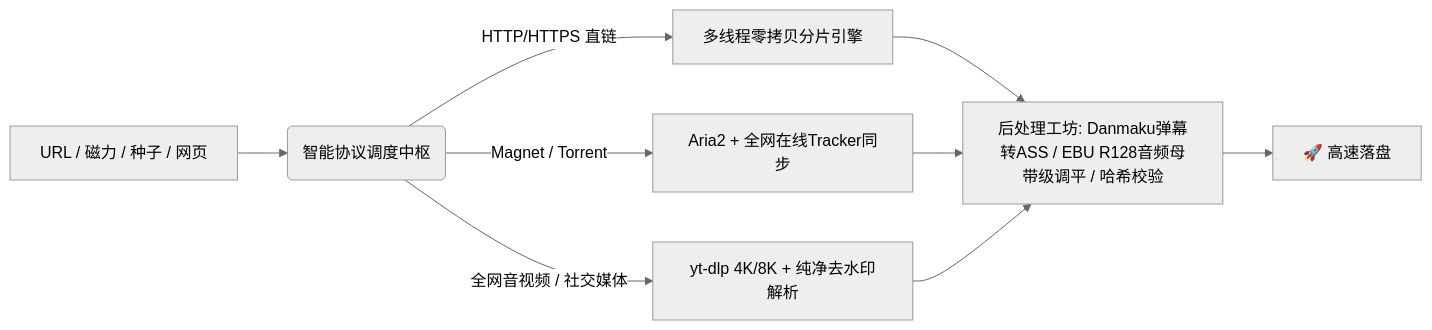
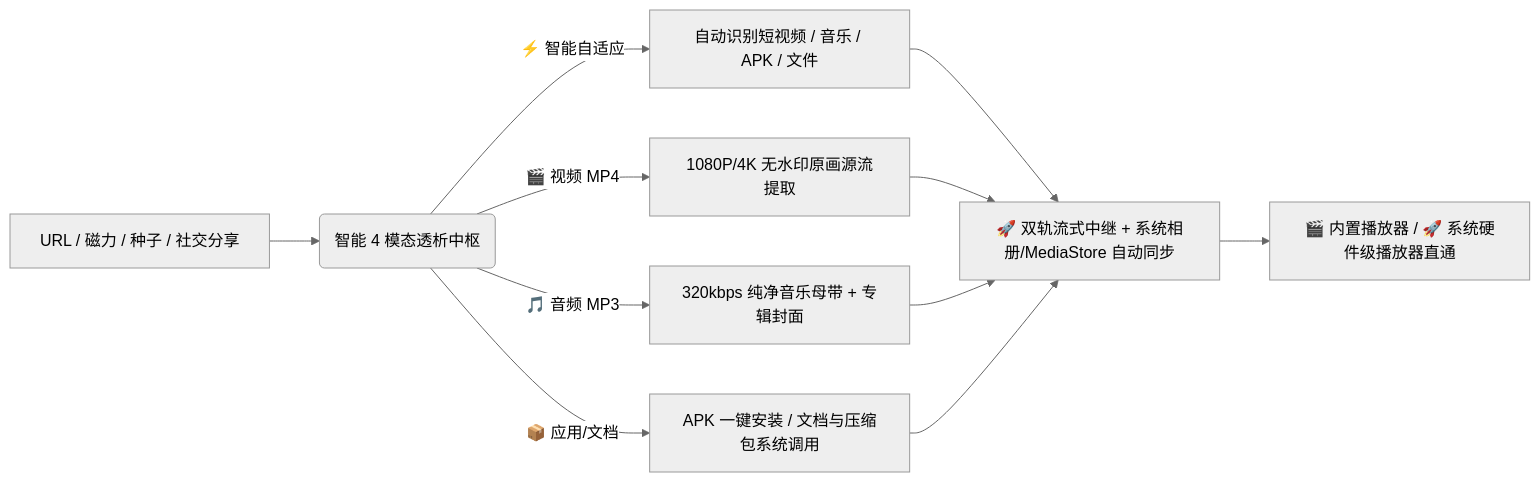
The diagram in README.md (WoeKen/Universal-Downloader), drawn with Mermaid (neutral theme) before and after one commit. The commit also changed other lines of this file and 1 other file, not shown here.

````diff
--- a/README.md
+++ b/README.md
@@ -26,11 +28,13 @@
 ```mermaid
 graph LR
-    A[URL / 磁力 / 种子 / 网页] --> B(智能协议调度中枢)
-    B -->|HTTP/HTTPS 直链| C[多线程零拷贝分片引擎]
-    B -->|Magnet / Torrent| D[Aria2 + 全网在线Tracker同步]
-    B -->|全网音视频 / 社交媒体| E[yt-dlp 4K/8K + 纯净去水印解析]
-    C --> F[后处理工坊: Danmaku弹幕转ASS / EBU R128音频母带级调平 / 哈希校验]
-    D --> F
-    E --> F
-    F --> G[🚀 高速落盘]
+    A[URL / 磁力 / 种子 / 社交分享] --> B(智能 4 模态透析中枢)
+    B -->|⚡ 智能自适应| C[自动识别短视频 / 音乐 / APK / 文件]
+    B -->|🎬 视频 MP4| D[1080P/4K 无水印原画源流提取]
+    B -->|🎵 音频 MP3| E[320kbps 纯净音乐母带 + 专辑封面]
+    B -->|📦 应用/文档| F[APK 一键安装 / 文档与压缩包系统调用]
+    C --> G[🚀 双轨流式中继 + 系统相册/MediaStore 自动同步]
+    D --> G
+    E --> G
+    F --> G
+    G --> H[🎬 内置播放器 / 🚀 系统硬件级播放器直通]
 ```
````
